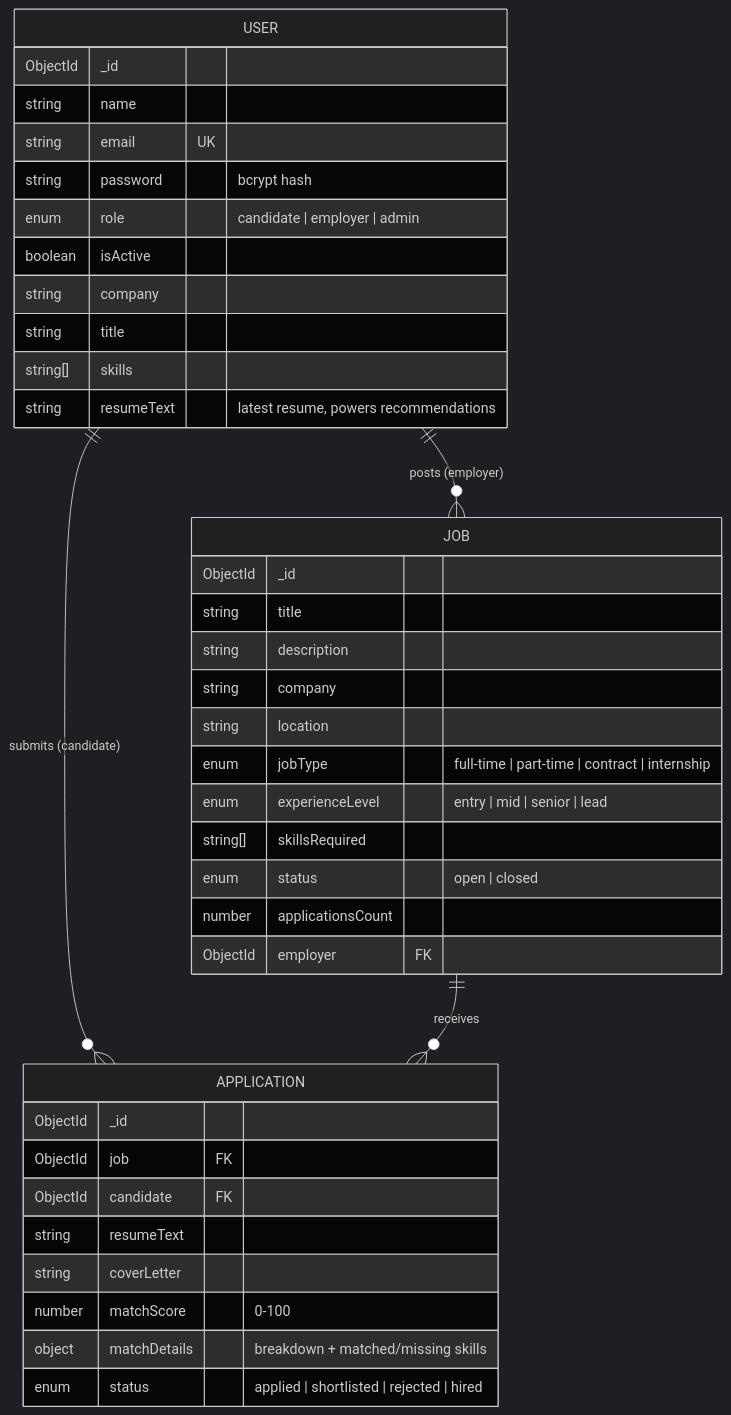
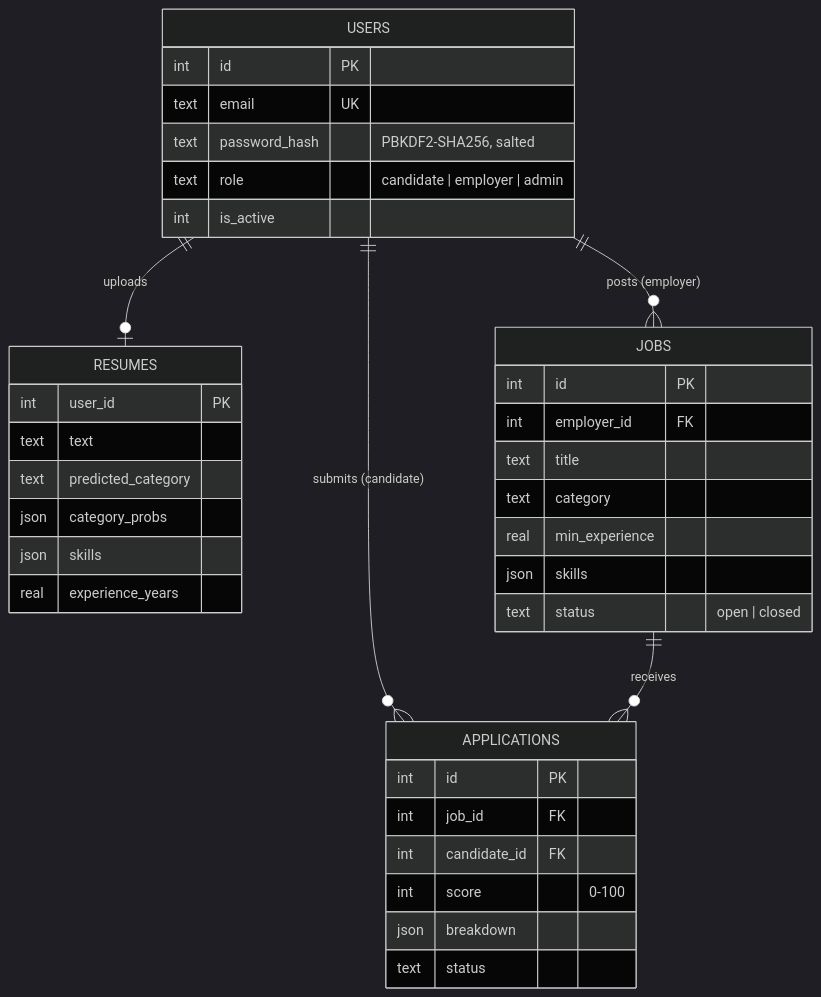
One commit to SamrudhiDubal/Samrudhi-Dubal changed the second of 2 diagrams in docs/PROJECT_REPORT.md. Above: the diagram before and after it, drawn with Mermaid (dark theme). The commit also changed other lines of this file and 178 other files, not shown here.

````diff
--- a/docs/PROJECT_REPORT.md
+++ b/docs/PROJECT_REPORT.md
@@ -168,42 +217,31 @@
 ```mermaid
 erDiagram
-    USER ||--o{ JOB : "posts (employer)"
-    USER ||--o{ APPLICATION : "submits (candidate)"
-    JOB ||--o{ APPLICATION : receives
-
-    USER {
-        ObjectId _id
-        string name
-        string email UK
-        string password "bcrypt hash"
-        enum role "candidate | employer | admin"
-        boolean isActive
-        string company
-        string title
-        string[] skills
-        string resumeText "latest resume, powers recommendations"
-    }
-    JOB {
-        ObjectId _id
-        string title
-        string description
-        string company
-        string location
-        enum jobType "full-time | part-time | contract | internship"
-        enum experienceLevel "entry | mid | senior | lead"
-        string[] skillsRequired
-        enum status "open | closed"
-        number applicationsCount
-        ObjectId employer FK
-    }
-    APPLICATION {
-        ObjectId _id
-        ObjectId job FK
-        ObjectId candidate FK
-        string resumeText
-        string coverLetter
-        number matchScore "0-100"
-        object matchDetails "breakdown + matched/missing skills"
-        enum status "applied | shortlisted | rejected | hired"
-    }
+    USERS ||--o| RESUMES : uploads
+    USERS ||--o{ JOBS : "posts (employer)"
+    USERS ||--o{ APPLICATIONS : "submits (candidate)"
+    JOBS ||--o{ APPLICATIONS : receives
+    USERS { int id PK
+            text email UK
+            text password_hash "PBKDF2-SHA256, salted"
+            text role "candidate | employer | admin"
+            int is_active }
+    RESUMES { int user_id PK
+              text text
+              text predicted_category
+              json category_probs
+              json skills
+              real experience_years }
+    JOBS { int id PK
+           int employer_id FK
+           text title
+           text category
+           real min_experience
+           json skills
+           text status "open | closed" }
+    APPLICATIONS { int id PK
+                   int job_id FK
+                   int candidate_id FK
+                   int score "0-100"
+                   json breakdown
+                   text status }
 ```
````
